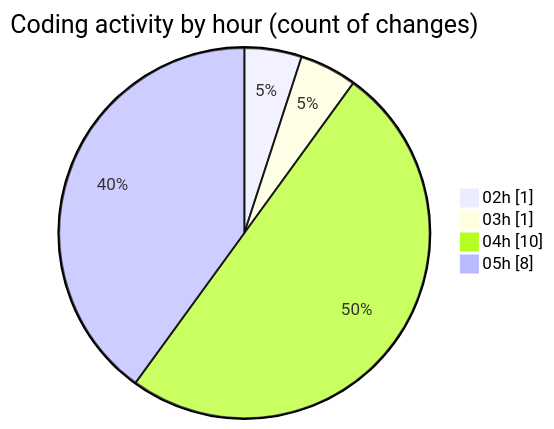
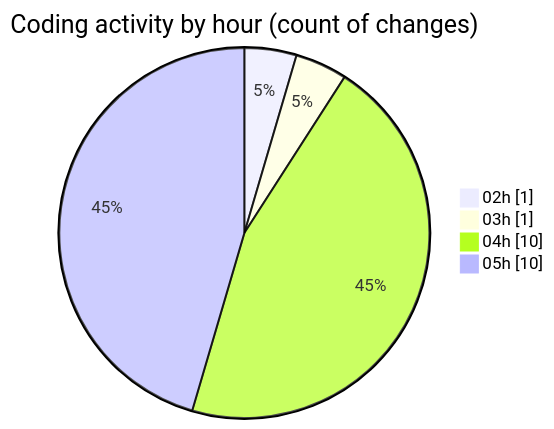
The second of 2 diagrams in 2025-10-31/cdp_aleoudev_fr__workspace_/README.md (julien-gomy/code-tracking), drawn with Mermaid before and after one commit. The commit also changed other lines of this file and 1 other file, not shown here.

````diff
--- a/2025-10-31/cdp_aleoudev_fr__workspace_/README.md
+++ b/2025-10-31/cdp_aleoudev_fr__workspace_/README.md
@@ -29,8 +29,8 @@
 ```mermaid
 pie showData
 title Coding activity by hour (count of changes)
 "02h" : 1
 "03h" : 1
 "04h" : 10
-"05h" : 8
+"05h" : 10
 ```
````
